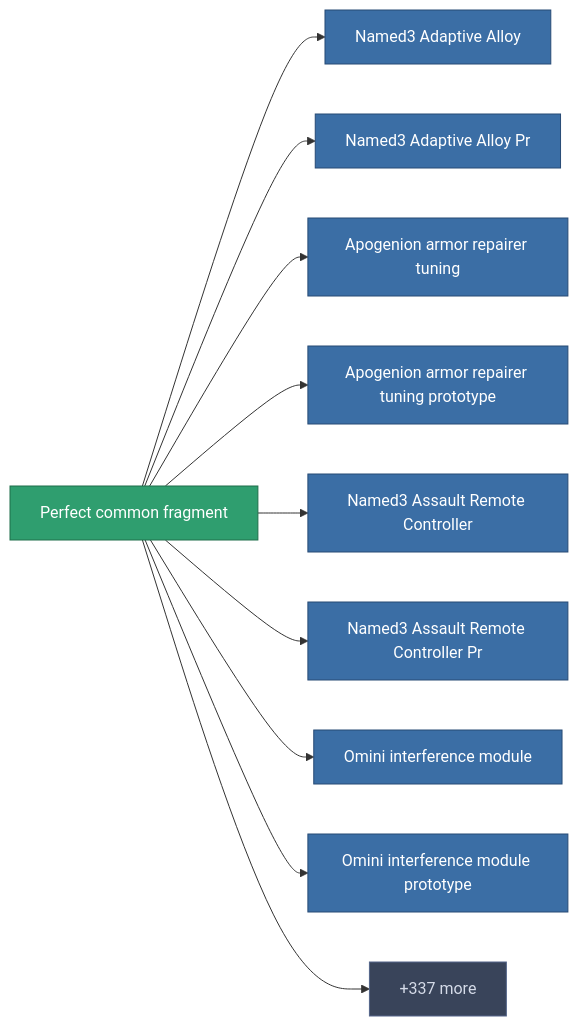
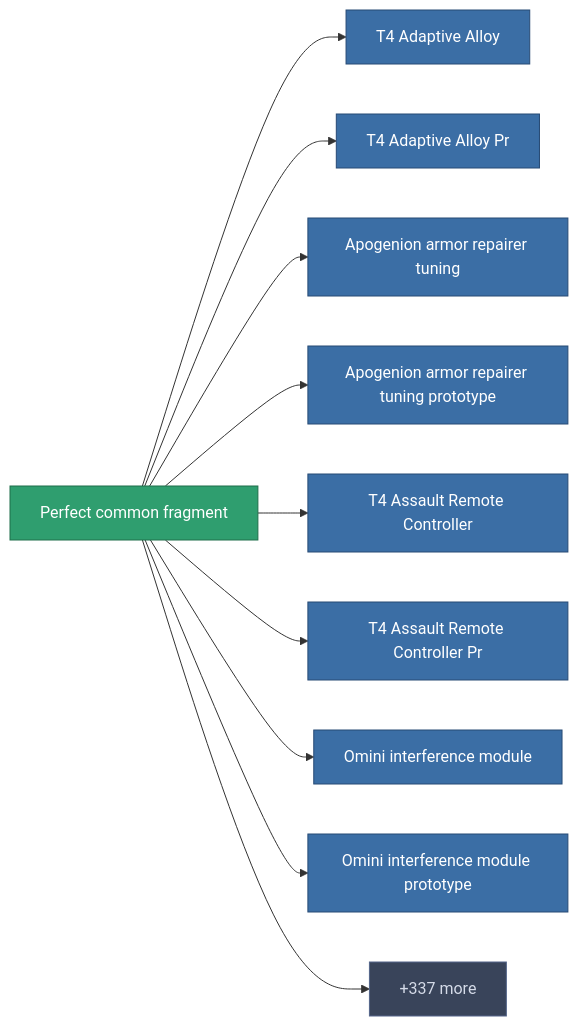
One commit to OpenPerpetuum/Wiki changed the diagram in content/content/items/robotshard_common_expert.md. Above: the diagram before and after it, drawn with Mermaid. The commit also changed other lines of this file and 4904 other files, not shown here.

````diff
--- a/content/content/items/robotshard_common_expert.md
+++ b/content/content/items/robotshard_common_expert.md
@@ -49,34 +37,34 @@
 ```mermaid
 graph LR
     a["Perfect common fragment"]:::current
-    b["Named3 Adaptive Alloy"]:::prod
+    b["T4 Adaptive Alloy"]:::prod
     a --> b
-    click b "/content/items/named3-adaptive-alloy/" "Named3 Adaptive Alloy"
-    c["Named3 Adaptive Alloy Pr"]:::prod
+    click b "/content/items/named3-adaptive-alloy/" "T4 Adaptive Alloy"
+    c["T4 Adaptive Alloy Pr"]:::prod
     a --> c
-    click c "/content/items/named3-adaptive-alloy-pr/" "Named3 Adaptive Alloy Pr"
+    click c "/content/items/named3-adaptive-alloy-pr/" "T4 Adaptive Alloy Pr"
     d["Apogenion armor repairer tuning"]:::prod
     a --> d
     click d "/content/items/named3-armor-repairer-upgrade/" "Apogenion armor repairer tuning"
     e["Apogenion armor repairer tuning prototype"]:::prod
     a --> e
     click e "/content/items/named3-armor-repairer-upgrade-pr/" "Apogenion armor repairer tuning prototype"
-    f["Named3 Assault Remote Controller"]:::prod
+    f["T4 Assault Remote Controller"]:::prod
     a --> f
-    click f "/content/items/named3-assault-remote-controller/" "Named3 Assault Remote Controller"
-    g["Named3 Assault Remote Controller Pr"]:::prod
+    click f "/content/items/named3-assault-remote-controller/" "T4 Assault Remote Controller"
+    g["T4 Assault Remote Controller Pr"]:::prod
     a --> g
-    click g "/content/items/named3-assault-remote-controller-pr/" "Named3 Assault Remote Controller Pr"
+    click g "/content/items/named3-assault-remote-controller-pr/" "T4 Assault Remote Controller Pr"
     h["Omini interference module"]:::prod
     a --> h
     click h "/content/items/named3-blob-emission-modulator/" "Omini interference module"
     i["Omini interference module prototype"]:::prod
     a --> i
     click i "/content/items/named3-blob-emission-modulator-pr/" "Omini interference module prototype"
     j["+337 more"]:::more
     a --> j
     click j "/content/recipes/" "All recipes"
     classDef current fill:#2f9e6f,stroke:#1f6f4a,color:#ffffff
     classDef prod fill:#3b6ea5,stroke:#274a75,color:#ffffff
     classDef more fill:#39445a,stroke:#54658a,color:#d5dbe8
 ```
````
